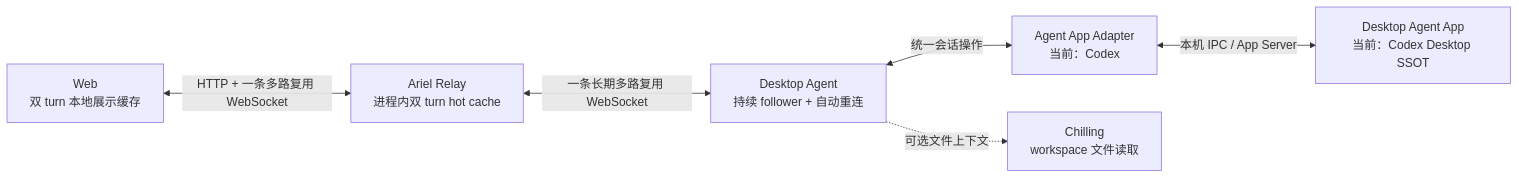
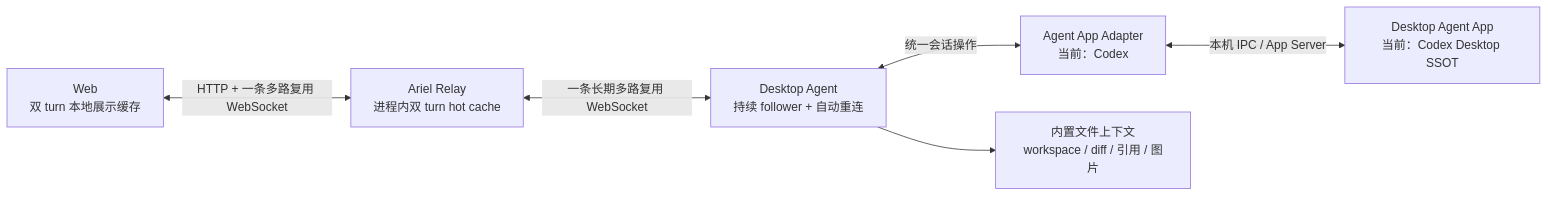
The diagram in README.md (wu8685/Ariel), drawn with Mermaid before and after one commit. The commit also changed other lines of this file and 73 other files, not shown here.

````diff
--- a/README.md
+++ b/README.md
@@ -32,8 +33,8 @@
 ```mermaid
 flowchart LR
   Browser["Web<br/>双 turn 本地展示缓存"] <-->|HTTP + 一条多路复用 WebSocket| Relay["Ariel Relay<br/>进程内双 turn hot cache"]
   Relay <-->|一条长期多路复用 WebSocket| Agent["Desktop Agent<br/>持续 follower + 自动重连"]
   Agent <-->|统一会话操作| Adapter["Agent App Adapter<br/>当前：Codex"]
   Adapter <-->|本机 IPC / App Server| App["Desktop Agent App<br/>当前：Codex Desktop SSOT"]
-  Agent -.->|可选文件上下文| Chilling["Chilling<br/>workspace 文件读取"]
+  Agent --> Files["内置文件上下文<br/>workspace / diff / 引用 / 图片"]
 ```
````
